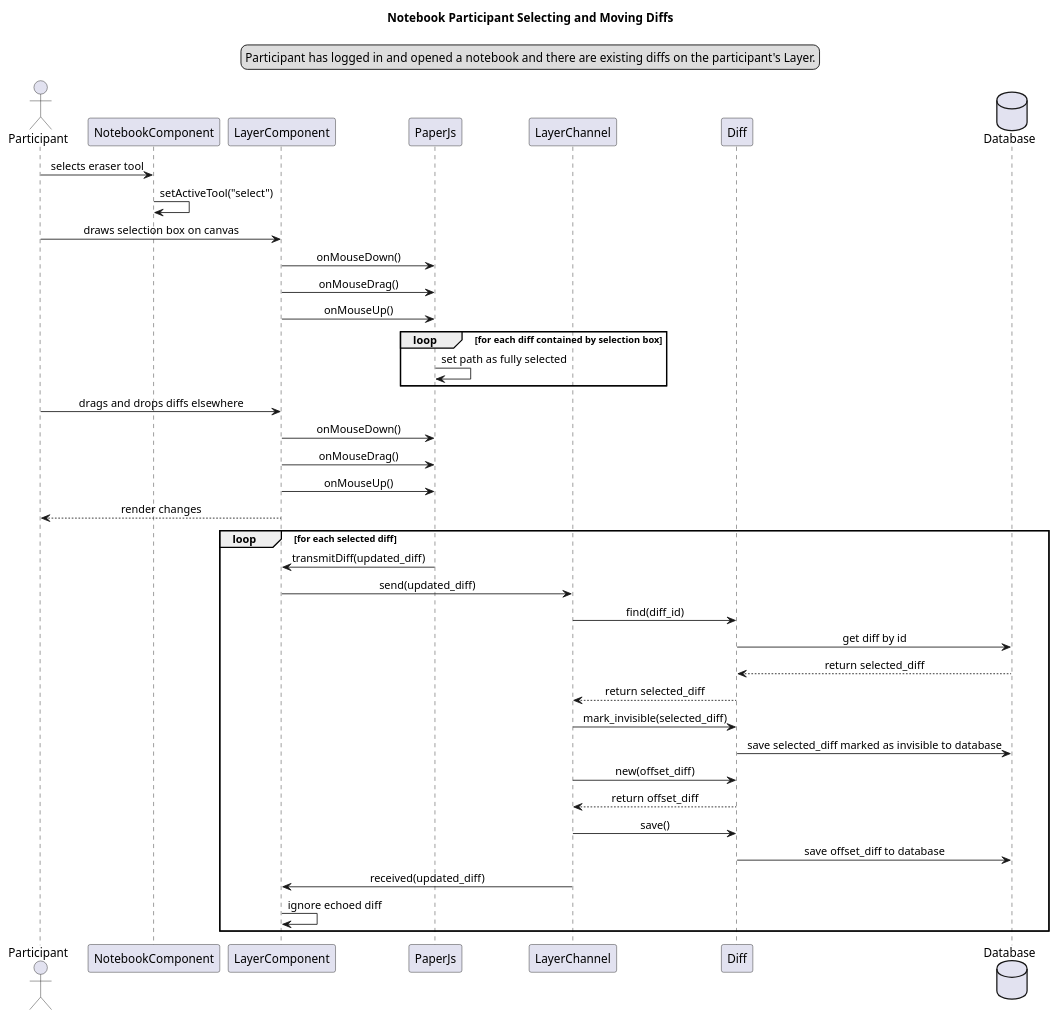
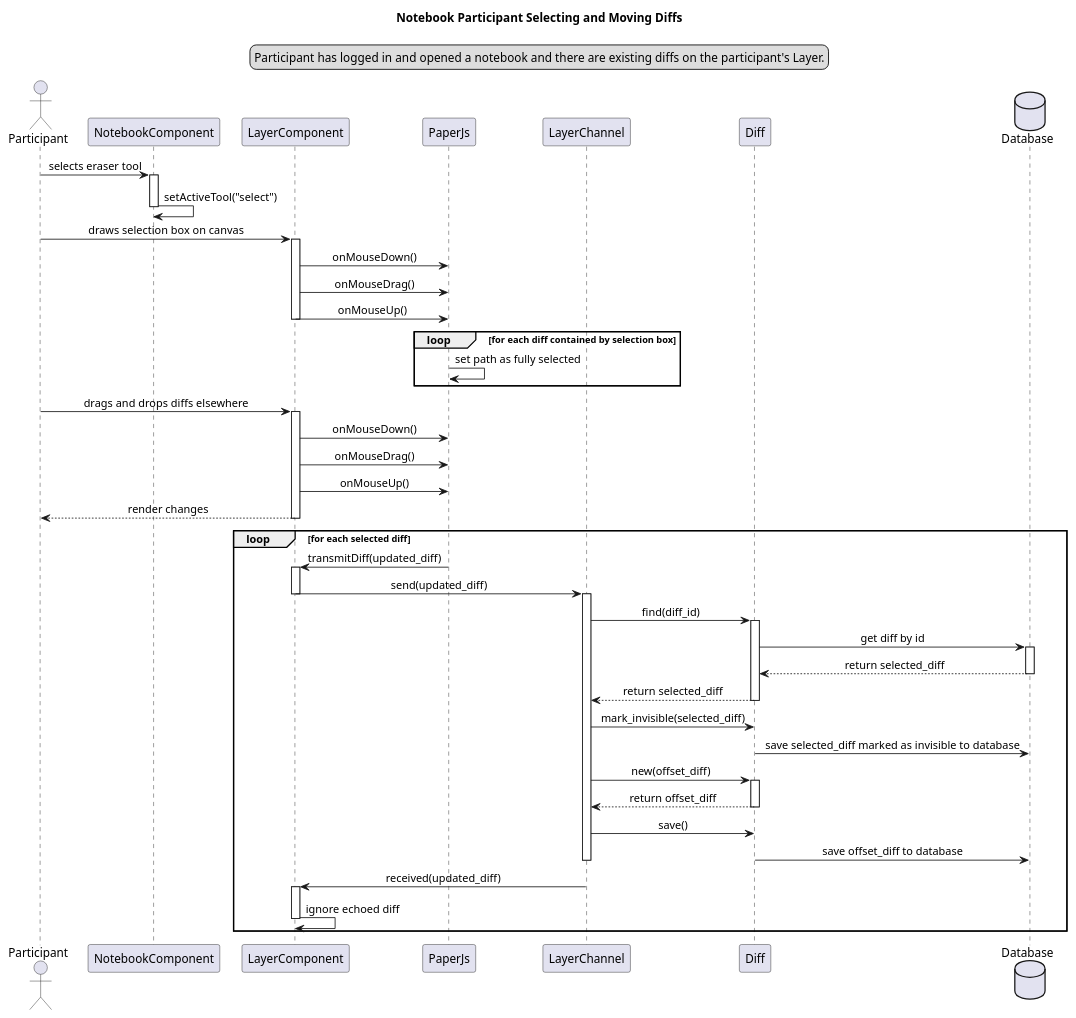
One commit to calebschoepp/canvasync changed the diagram in docs/preliminary_design/participant_select_and_move_diff_seq.plantuml. Above: the diagram before and after it, drawn with PlantUML. The commit also changed 14 other files, not shown here.

```diff
--- a/docs/preliminary_design/participant_select_and_move_diff_seq.plantuml
+++ b/docs/preliminary_design/participant_select_and_move_diff_seq.plantuml
@@ -1,55 +1,70 @@
 @startuml Notebook Participant Selecting and Moving
 title Notebook Participant Selecting and Moving Diffs
 skinparam sequenceMessageAlign center
 legend top
 Participant has logged in and opened a notebook and there are existing diffs on the participant's Layer.
 endlegend
 
 actor Participant as partic
 participant NotebookComponent as nc
 participant LayerComponent as lc
 participant PaperJs as pjs
 participant LayerChannel as lch
 participant Diff as d
 database Database as db
 
 partic -> nc : selects eraser tool
+activate nc
 nc -> nc : setActiveTool("select")
+deactivate nc
 partic -> lc : draws selection box on canvas
-
+activate lc
 lc -> pjs : onMouseDown()
 lc -> pjs : onMouseDrag()
 lc -> pjs : onMouseUp()
+deactivate lc
 loop for each diff contained by selection box
   pjs -> pjs : set path as fully selected
 end
 
 partic -> lc : drags and drops diffs elsewhere
-
+activate lc
 lc -> pjs : onMouseDown()
 lc -> pjs : onMouseDrag()
 lc -> pjs : onMouseUp()
-
 lc --> partic : render changes
+deactivate lc
 
 loop for each selected diff
   pjs -> lc : transmitDiff(updated_diff)
-
+  activate lc
   lc -> lch : send(updated_diff)
+  deactivate lc
+  activate lch
   lch -> d : find(diff_id)
+  activate d
   d -> db : get diff by id
+  activate db
   db --> d : return selected_diff
+  deactivate db
   d --> lch : return selected_diff
+  deactivate d
   lch -> d : mark_invisible(selected_diff)
   d -> db : save selected_diff marked as invisible to database
 
+
   lch -> d : new(offset_diff)
+  activate d
   d --> lch : return offset_diff
+  deactivate d
   lch -> d : save()
   d -> db : save offset_diff to database
 
+  deactivate lch
   lch -> lc : received(updated_diff)
+  activate lc
   lc -> lc : ignore echoed diff
+  deactivate lc
 end
 
 @enduml
```
